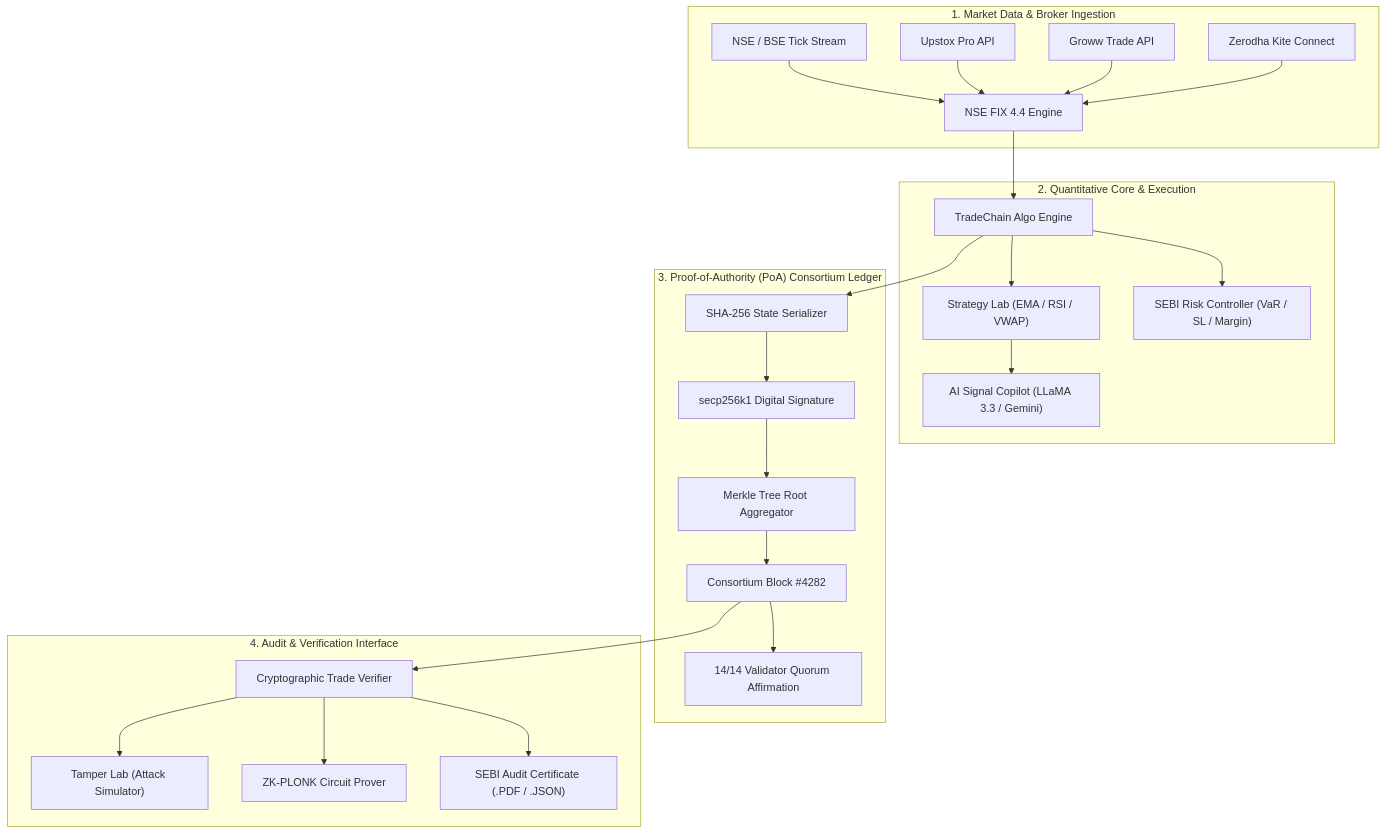
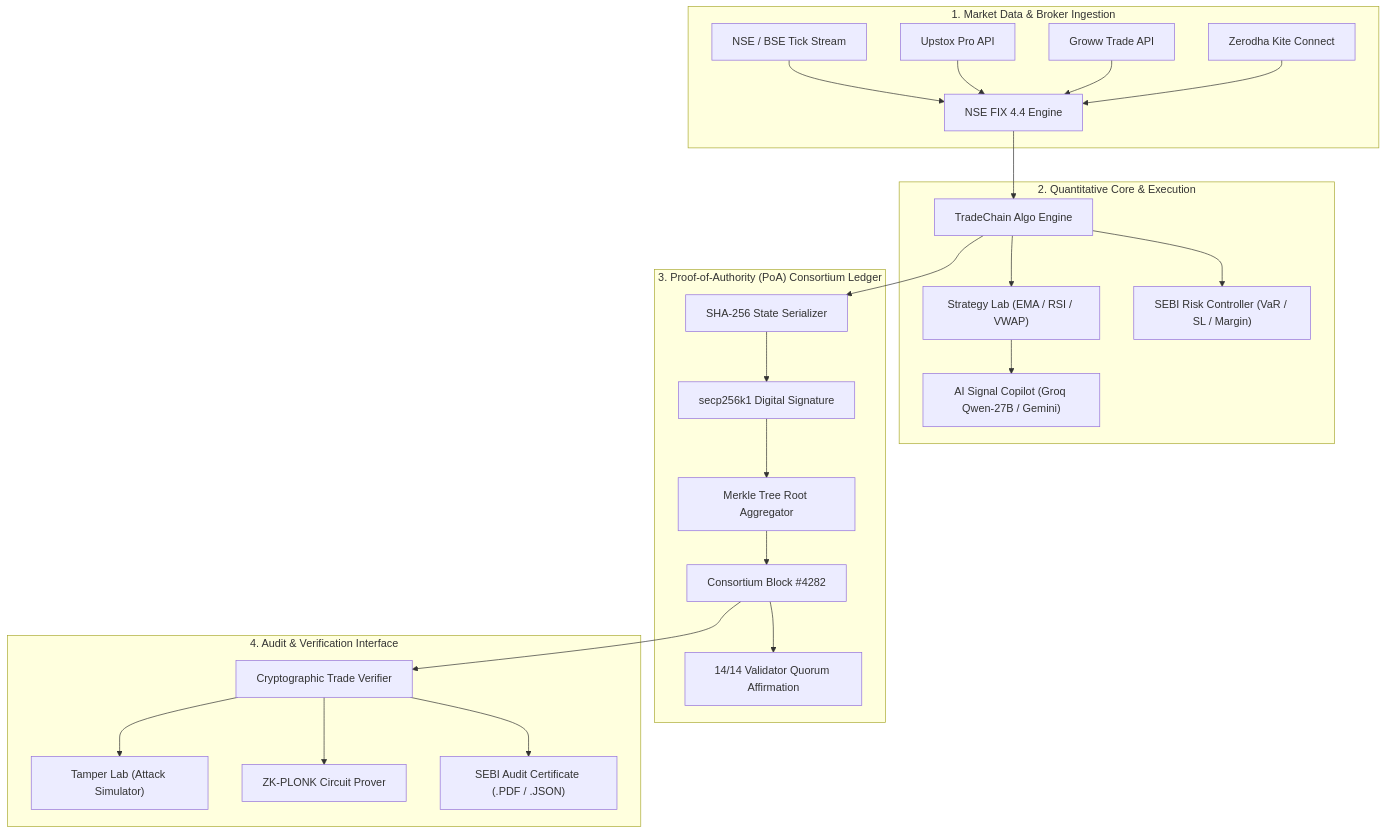
Before and after one commit to itzdevilsunny/tradechain-platform: the diagram in README.md, drawn with Mermaid. The commit also changed other lines of this file and 10 other files, not shown here.

````diff
--- a/README.md
+++ b/README.md
@@ -80,31 +83,31 @@
 ```mermaid
 flowchart TD
     subgraph MarketIngestion ["1. Market Data & Broker Ingestion"]
         NSE["NSE / BSE Tick Stream"] --> FIX["NSE FIX 4.4 Engine"]
         UPSTOX["Upstox Pro API"] --> FIX
         GROWW["Groww Trade API"] --> FIX
         ZERODHA["Zerodha Kite Connect"] --> FIX
     end
 
     subgraph AlgoCore ["2. Quantitative Core & Execution"]
         FIX --> ENGINE["TradeChain Algo Engine"]
         ENGINE --> STRAT["Strategy Lab (EMA / RSI / VWAP)"]
         ENGINE --> RISK["SEBI Risk Controller (VaR / SL / Margin)"]
-        STRAT --> SIGNALS["AI Signal Copilot (LLaMA 3.3 / Gemini)"]
+        STRAT --> SIGNALS["AI Signal Copilot (Groq Qwen-27B / Gemini)"]
     end
 
     subgraph CryptoConsensus ["3. Proof-of-Authority (PoA) Consortium Ledger"]
         ENGINE --> HASH["SHA-256 State Serializer"]
         HASH --> ECDSA["secp256k1 Digital Signature"]
         ECDSA --> MERKLE["Merkle Tree Root Aggregator"]
         MERKLE --> BLOCKS["Consortium Block #4282"]
         BLOCKS --> NODES["14/14 Validator Quorum Affirmation"]
     end
 
     subgraph AuditVerification ["4. Audit & Verification Interface"]
         BLOCKS --> VERIFY["Cryptographic Trade Verifier"]
         VERIFY --> TAMPER["Tamper Lab (Attack Simulator)"]
         VERIFY --> ZK["ZK-PLONK Circuit Prover"]
         VERIFY --> CERT["SEBI Audit Certificate (.PDF / .JSON)"]
     end
 ```
````
